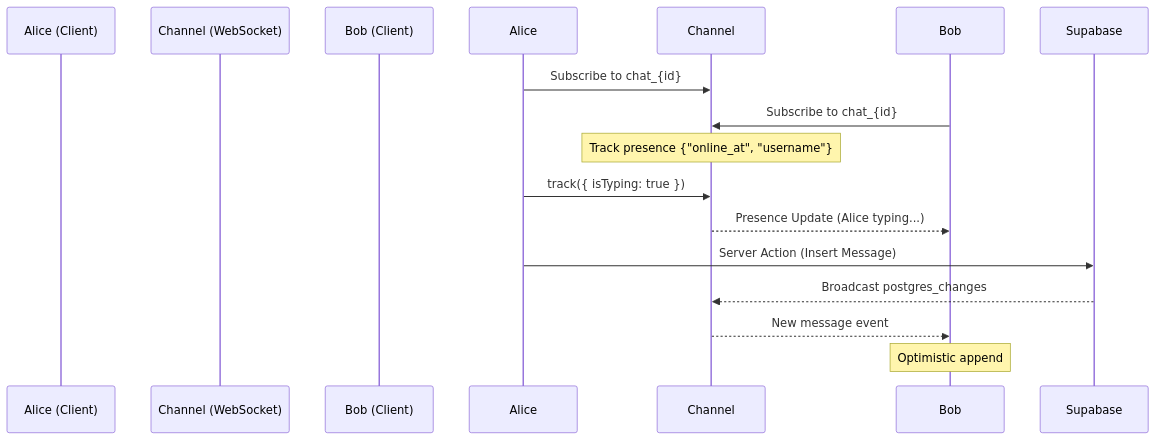
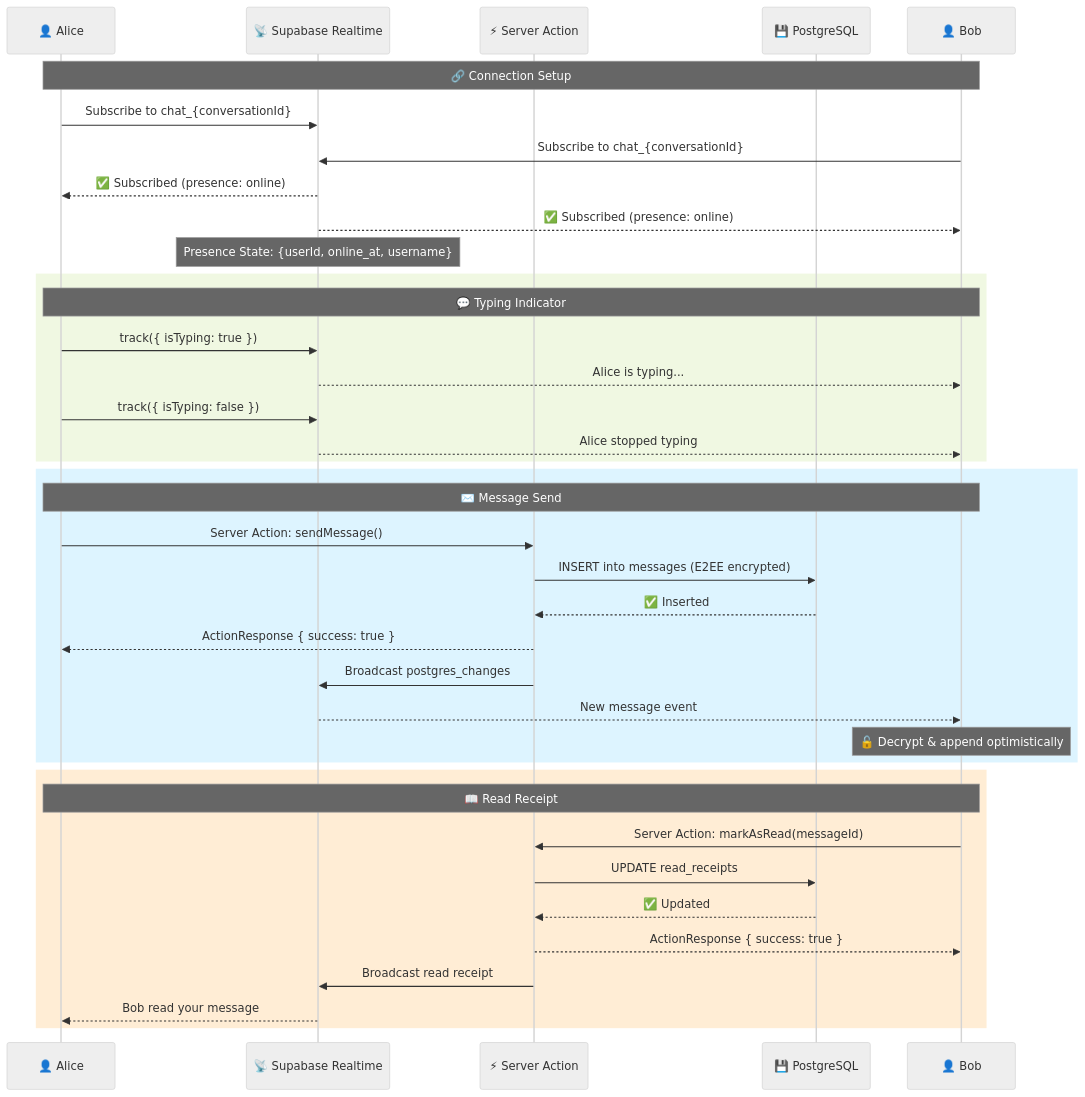
One commit to imperador1k/faro changed the third of 3 diagrams in ARCHITECTURE.md. Above: the diagram before and after it, drawn with Mermaid. The commit also changed other lines of this file and 55 other files, not shown here.

````diff
--- a/ARCHITECTURE.md
+++ b/ARCHITECTURE.md
@@ -207,19 +226,46 @@
 ```mermaid
+%%{init: {'theme': 'neutral'}}%%
 sequenceDiagram
-    participant Alice (Client)
-    participant Channel (WebSocket)
-    participant Bob (Client)
+    participant Alice as 👤 Alice
+    participant Channel as 📡 Supabase Realtime
+    participant Server as ⚡ Server Action
+    participant DB as 💾 PostgreSQL
+    participant Bob as 👤 Bob
 
-    Alice->>Channel: Subscribe to chat_{id}
-    Bob->>Channel: Subscribe to chat_{id}
+    Note over Alice,Bob: 🔗 Connection Setup
+    Alice->>Channel: Subscribe to chat_{conversationId}
+    Bob->>Channel: Subscribe to chat_{conversationId}
+    Channel-->>Alice: ✅ Subscribed (presence: online)
+    Channel-->>Bob: ✅ Subscribed (presence: online)
 
-    Note over Channel: Track presence {"online_at", "username"}
+    Note over Channel: Presence State: {userId, online_at, username}
 
-    Alice->>Channel: track({ isTyping: true })
-    Channel-->>Bob: Presence Update (Alice typing...)
+    rect rgb(240, 248, 226)
+        Note over Alice,Bob: 💬 Typing Indicator
+        Alice->>Channel: track({ isTyping: true })
+        Channel-->>Bob: Alice is typing...
+        Alice->>Channel: track({ isTyping: false })
+        Channel-->>Bob: Alice stopped typing
+    end
 
-    Alice->>Supabase: Server Action (Insert Message)
-    Supabase-->>Channel: Broadcast postgres_changes
-    Channel-->>Bob: New message event
-    Note over Bob: Optimistic append
+    rect rgb(221, 244, 255)
+        Note over Alice,Bob: ✉️ Message Send
+        Alice->>Server: Server Action: sendMessage()
+        Server->>DB: INSERT into messages (E2EE encrypted)
+        DB-->>Server: ✅ Inserted
+        Server-->>Alice: ActionResponse { success: true }
+        Server->>Channel: Broadcast postgres_changes
+        Channel-->>Bob: New message event
+        Note over Bob: 🔓 Decrypt & append optimistically
+    end
+
+    rect rgb(255, 237, 213)
+        Note over Alice,Bob: 📖 Read Receipt
+        Bob->>Server: Server Action: markAsRead(messageId)
+        Server->>DB: UPDATE read_receipts
+        DB-->>Server: ✅ Updated
+        Server-->>Bob: ActionResponse { success: true }
+        Server->>Channel: Broadcast read receipt
+        Channel-->>Alice: Bob read your message
+    end
 ```
````
